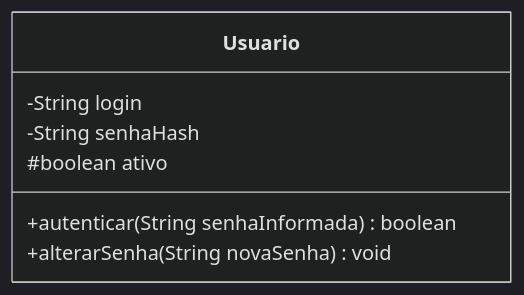
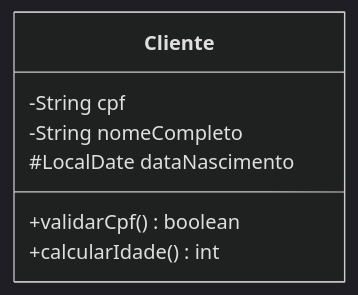
Diagram 17 of 28 in 4º Semestre/[Prof. Wesley Soares] Engenharia de Software II/Resumos-IA/Caderno-Consolidado.md (murilolol/unifef), drawn with Mermaid (dark theme) before and after one commit. The commit also changed other lines of this file and 40 other files, not shown here.

````diff
--- a/4º Semestre/[Prof. Wesley Soares] Engenharia de Software II/Resumos-IA/Caderno-Consolidado.md
+++ b/4º Semestre/[Prof. Wesley Soares] Engenharia de Software II/Resumos-IA/Caderno-Consolidado.md
@@ -657,10 +771,10 @@
 ```mermaid
 classDiagram
-    class Usuario {
-        -String login
-        -String senhaHash
-        #boolean ativo
-        +autenticar(String senhaInformada) boolean
-        +alterarSenha(String novaSenha) void
+    class Cliente {
+        -String cpf
+        -String nomeCompleto
+        #LocalDate dataNascimento
+        +validarCpf() boolean
+        +calcularIdade() int
     }
 ```
````
